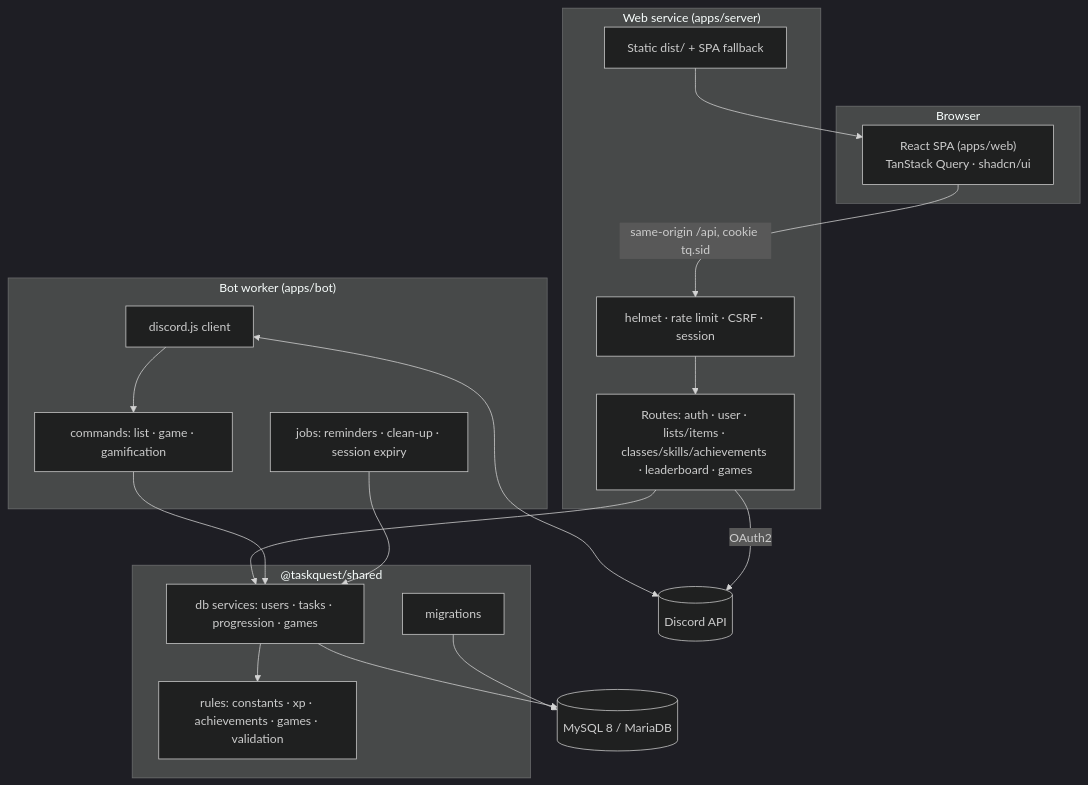
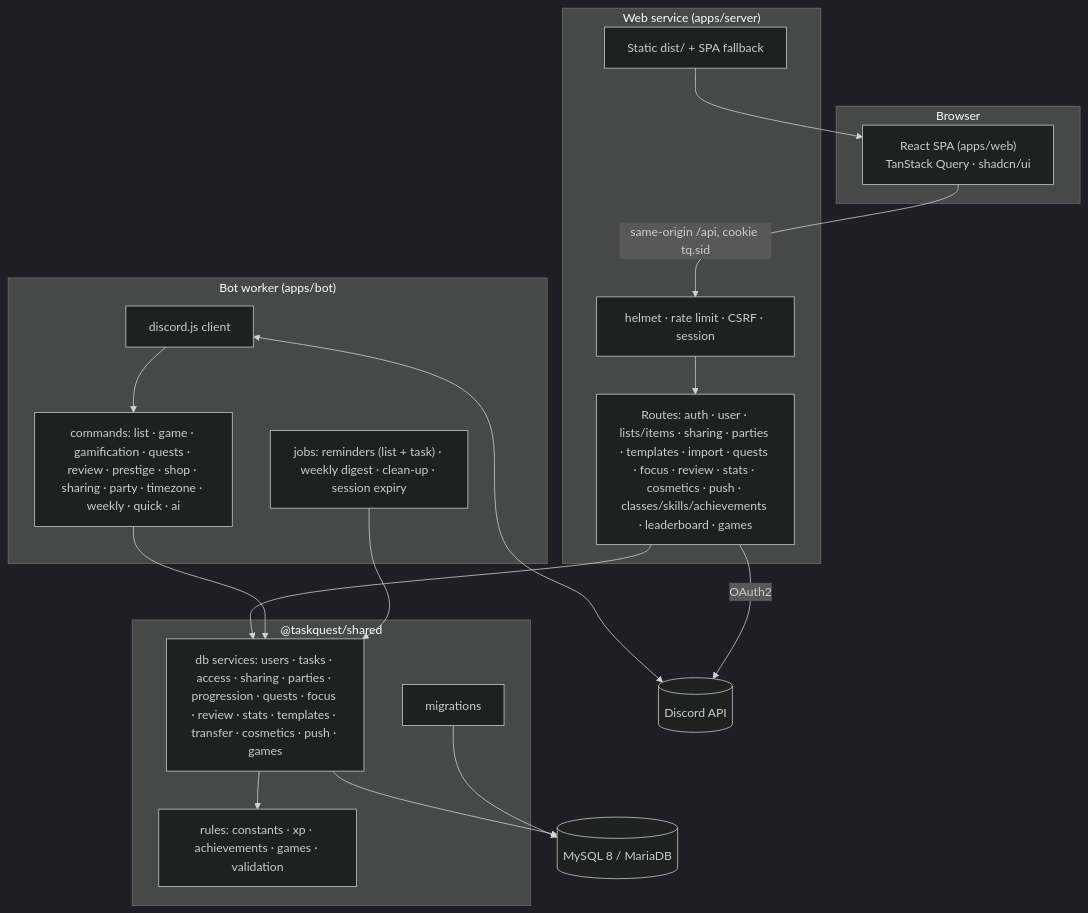
The first of 2 diagrams in docs/ARCHITECTURE.md (Mist10148/TaskQuest-Application), drawn with Mermaid (dark theme) before and after one commit. The commit also changed other lines of this file and 10 other files, not shown here.

````diff
--- a/docs/ARCHITECTURE.md
+++ b/docs/ARCHITECTURE.md
@@ -23,33 +23,33 @@
 ```mermaid
 flowchart TB
     subgraph Browser
         SPA["React SPA (apps/web)<br/>TanStack Query · shadcn/ui"]
     end
     subgraph "Web service (apps/server)"
         MW["helmet · rate limit · CSRF · session"]
-        R["Routes: auth · user · lists/items · classes/skills/achievements · leaderboard · games"]
+        R["Routes: auth · user · lists/items · sharing · parties · templates · import · quests · focus · review · stats · cosmetics · push · classes/skills/achievements · leaderboard · games"]
         STATIC["Static dist/ + SPA fallback"]
     end
     subgraph "Bot worker (apps/bot)"
         GW["discord.js client"]
-        CMD["commands: list · game · gamification"]
-        JOBS["jobs: reminders · clean-up · session expiry"]
+        CMD["commands: list · game · gamification · quests · review · prestige · shop · sharing · party · timezone · weekly · quick · ai"]
+        JOBS["jobs: reminders (list + task) · weekly digest · clean-up · session expiry"]
     end
     subgraph "@taskquest/shared"
         RULES["rules: constants · xp · achievements · games · validation"]
-        SVC["db services: users · tasks · progression · games"]
+        SVC["db services: users · tasks · access · sharing · parties · progression · quests · focus · review · stats · templates · transfer · cosmetics · push · games"]
         MIG["migrations"]
     end
     DB[(MySQL 8 / MariaDB)]
     DISCORD[(Discord API)]
 
     SPA -->|"same-origin /api, cookie tq.sid"| MW --> R --> SVC
     STATIC --> SPA
     GW <--> DISCORD
     GW --> CMD --> SVC
     JOBS --> SVC
     R -->|OAuth2| DISCORD
     SVC --> RULES
     SVC --> DB
     MIG --> DB
 ```
````
